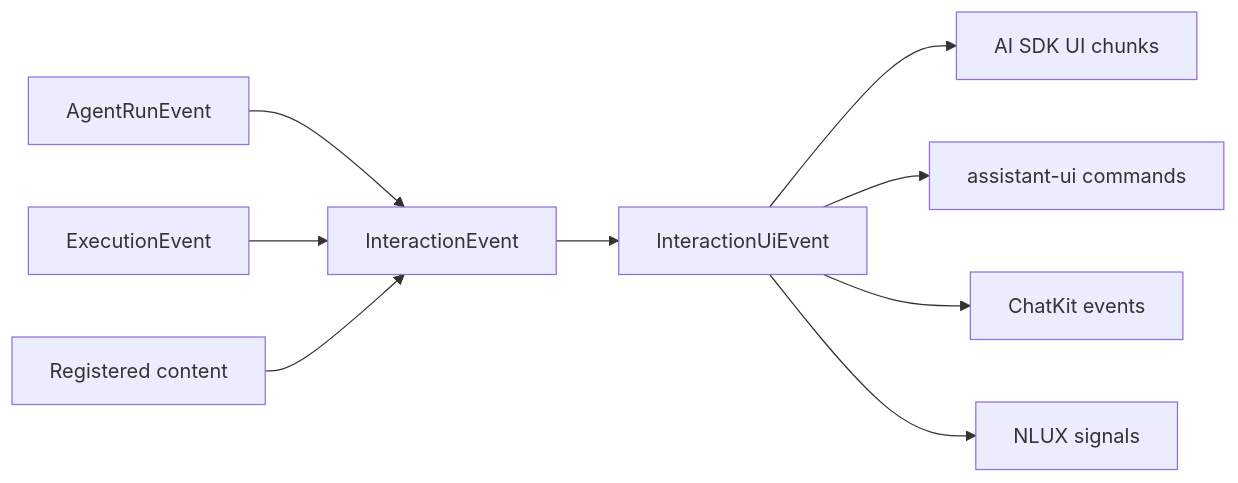
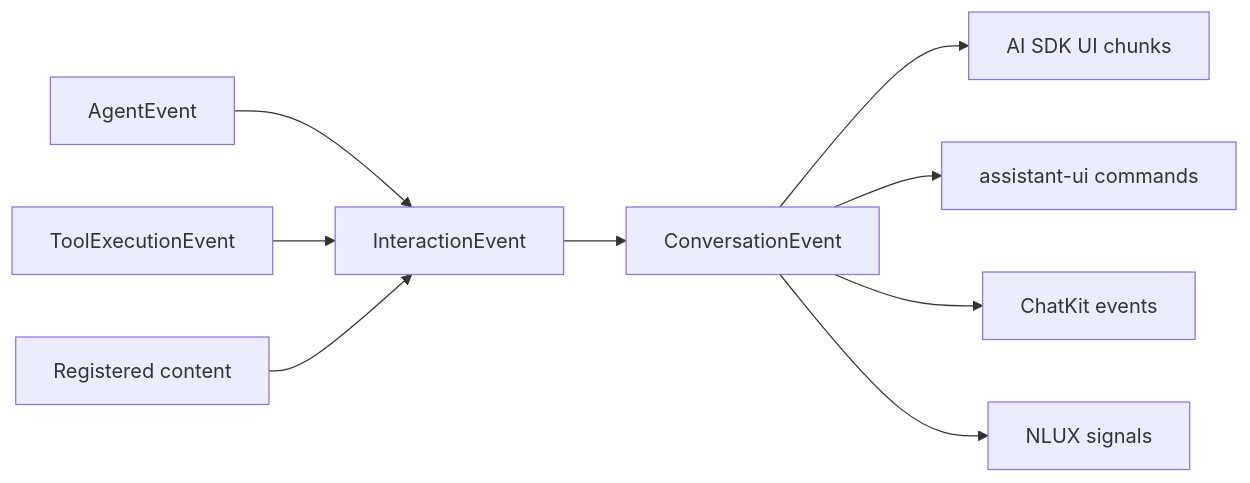
The diagram in docs/adapters/ui.md (theGeekist/llm-core), drawn with Mermaid before and after one commit. The commit also changed other lines of this file and 203 other files, not shown here.

````diff
--- a/docs/adapters/ui.md
+++ b/docs/adapters/ui.md
@@ -7,11 +8,11 @@
 ```mermaid
 flowchart LR
-  agent["AgentRunEvent"] --> interaction["InteractionEvent"]
-  execution["ExecutionEvent"] --> interaction
+  agent["AgentEvent"] --> interaction["InteractionEvent"]
+  execution["ToolExecutionEvent"] --> interaction
   content["Registered content"] --> interaction
-  interaction --> projection["InteractionUiEvent"]
+  interaction --> projection["ConversationEvent"]
   projection --> aisdk["AI SDK UI chunks"]
   projection --> assistant["assistant-ui commands"]
   projection --> chatkit["ChatKit events"]
   projection --> nlux["NLUX signals"]
 ```
````
